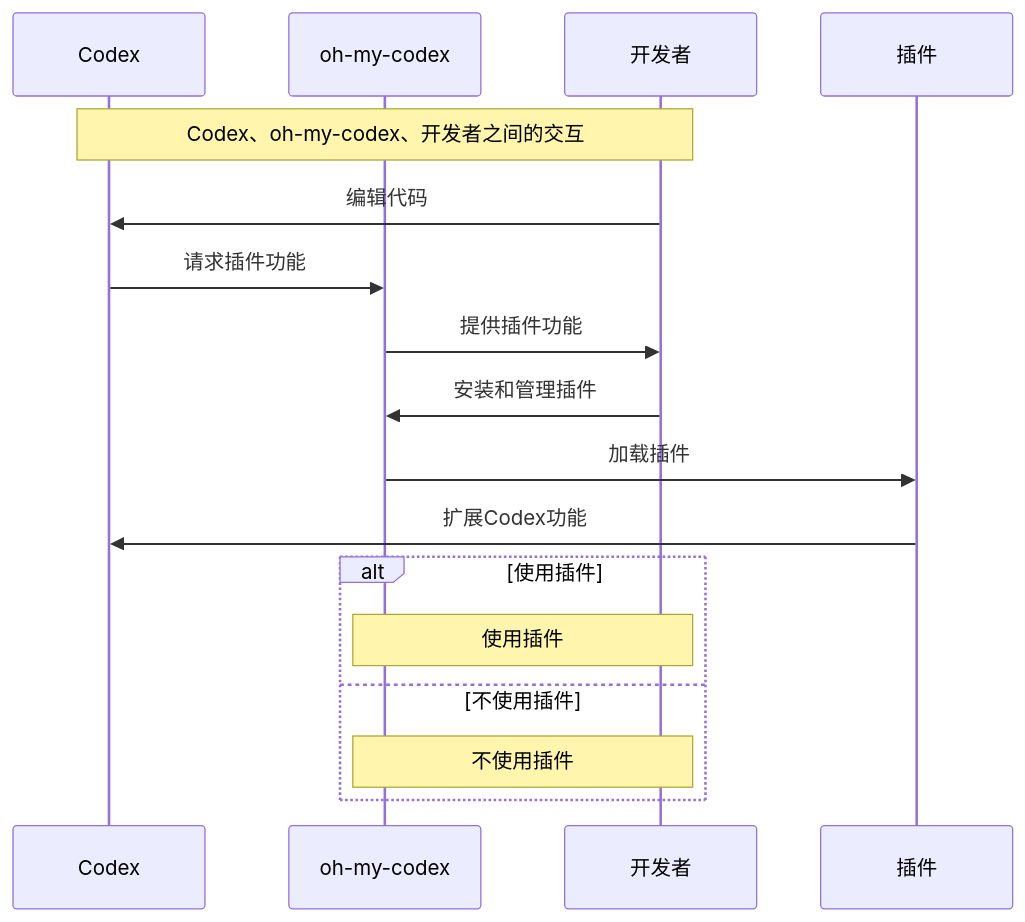
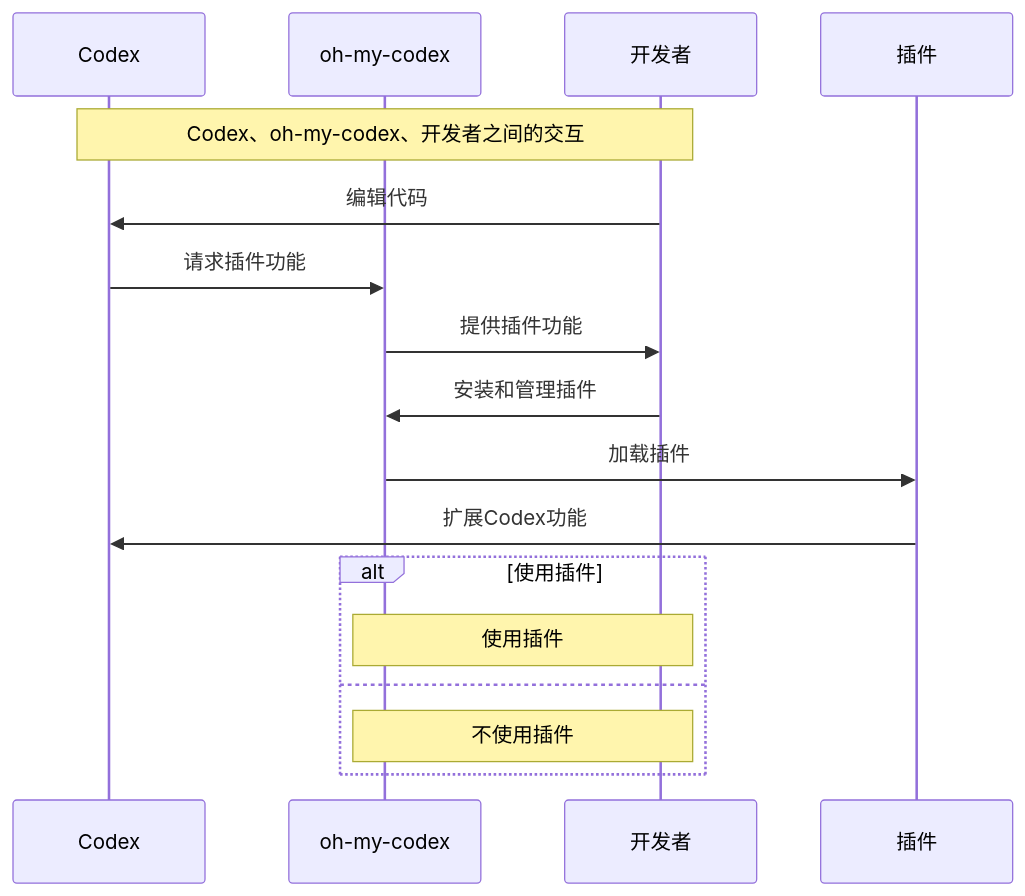
One commit to a920604a/engineernews changed the diagram in src/content/posts/tech/2026-04-26-github110github.md. Above: the diagram before and after it, drawn with Mermaid. The commit also changed 3 other files, not shown here.

Commit message:
fix: auto-fix mermaid syntax errors in posts

````diff
--- a/src/content/posts/tech/2026-04-26-github110github.md
+++ b/src/content/posts/tech/2026-04-26-github110github.md
@@ -28,19 +28,19 @@
 ```mermaid
 sequenceDiagram
     participant C as Codex
     participant P as oh-my-codex
     participant D as 开发者
     participant A as 插件
     Note over C,D: Codex、oh-my-codex、开发者之间的交互
     D->>C: 编辑代码
     C->>P: 请求插件功能
     P->>D: 提供插件功能
     D->>P: 安装和管理插件
     P->>A: 加载插件
     A->>C: 扩展Codex功能
     alt 使用插件
         Note over D,P: 使用插件
-    else 不使用插件
+    else
         Note over D,P: 不使用插件
     end
 ```
````
